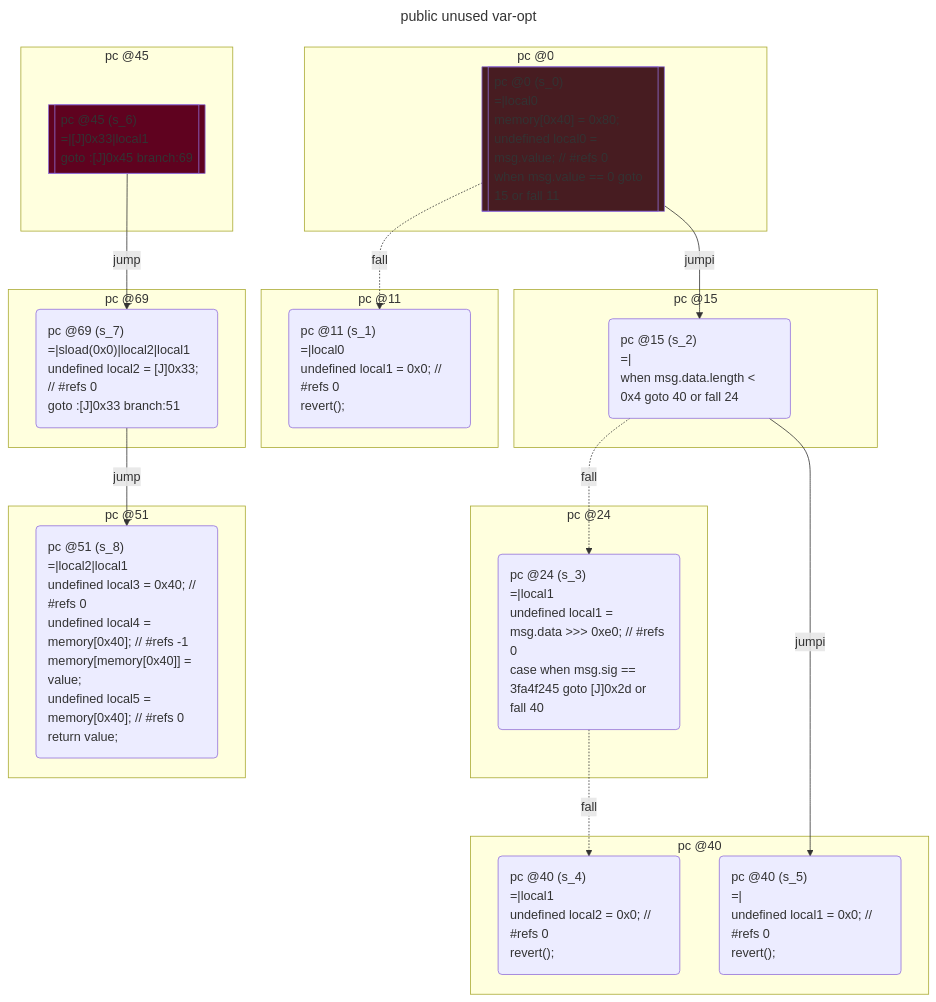
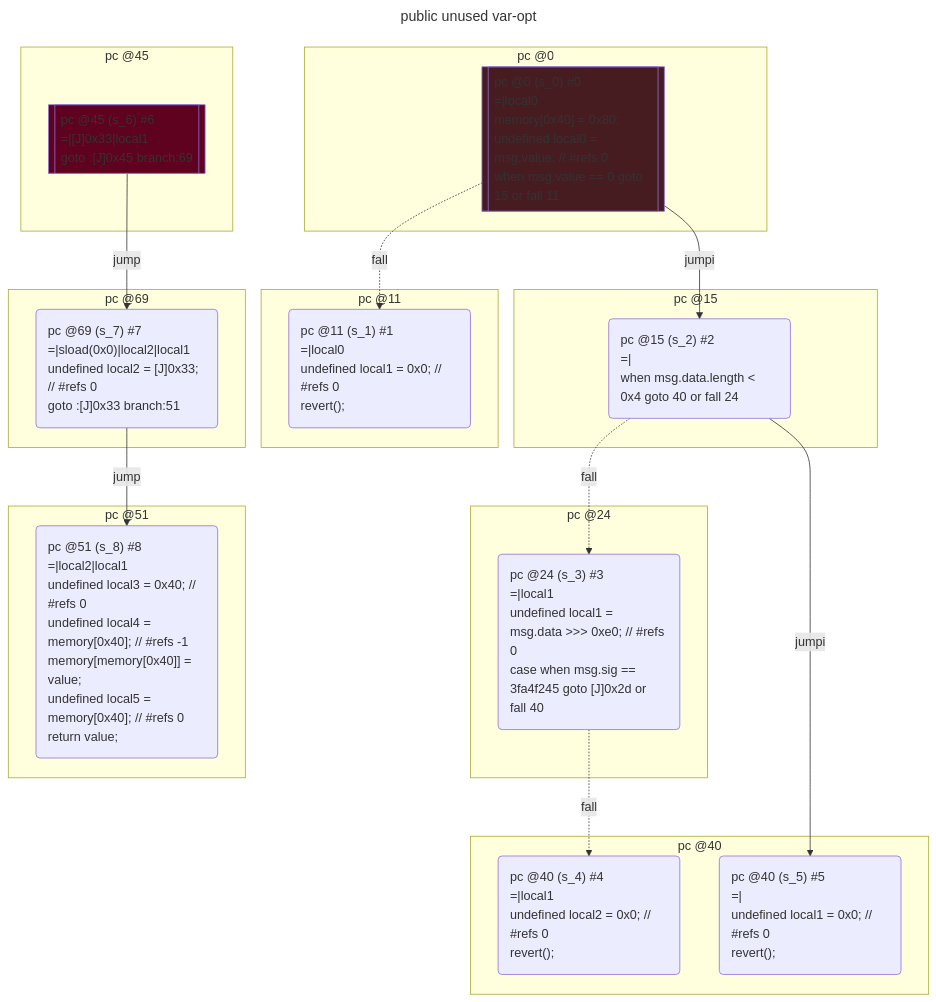
Before and after one commit to acuarica/evm: the second of 2 diagrams in test/__snapshots__/contracts/variables/public-unused-var.snap.md, drawn with Mermaid. The commit also changed other lines of this file and 18 other files, not shown here.

```diff
--- a/test/__snapshots__/contracts/variables/public-unused-var.snap.md
+++ b/test/__snapshots__/contracts/variables/public-unused-var.snap.md
@@ -223,7 +223,7 @@
 flowchart TD
   classDef state text-align:left
   subgraph cluster_0 ["pc @0"]
-    s_0[["pc @0 (s_0)
+    s_0[["pc @0 (s_0) #0
 =|local0
 memory[0x40] = 0x80;
 undefined local0 = msg.value; // #refs 0
@@ -233,7 +233,7 @@
     style s_0 fill:#471C21
   end
   subgraph cluster_11 ["pc @11"]
-    s_1("pc @11 (s_1)
+    s_1("pc @11 (s_1) #1
 =|local0
 undefined local1 = 0x0; // #refs 0
 revert();
@@ -241,14 +241,14 @@
     class s_1 state
   end
   subgraph cluster_15 ["pc @15"]
-    s_2("pc @15 (s_2)
+    s_2("pc @15 (s_2) #2
 =|
 when msg.data.length < 0x4 goto 40 or fall 24
 ")
     class s_2 state
   end
   subgraph cluster_24 ["pc @24"]
-    s_3("pc @24 (s_3)
+    s_3("pc @24 (s_3) #3
 =|local1
 undefined local1 = msg.data >>> 0xe0; // #refs 0
 case when msg.sig == 3fa4f245 goto [J]0x2d or fall 40
@@ -256,13 +256,13 @@
     class s_3 state
   end
   subgraph cluster_40 ["pc @40"]
-    s_4("pc @40 (s_4)
+    s_4("pc @40 (s_4) #4
 =|local1
 undefined local2 = 0x0; // #refs 0
 revert();
 ")
     class s_4 state
-    s_5("pc @40 (s_5)
+    s_5("pc @40 (s_5) #5
 =|
 undefined local1 = 0x0; // #refs 0
 revert();
@@ -270,7 +270,7 @@
     class s_5 state
   end
   subgraph cluster_45 ["pc @45"]
-    s_6[["pc @45 (s_6)
+    s_6[["pc @45 (s_6) #6
 =|[J]0x33|local1
 goto :[J]0x45 branch:69
 "]]
@@ -278,7 +278,7 @@
     style s_6 fill:#5F021F
   end
   subgraph cluster_69 ["pc @69"]
-    s_7("pc @69 (s_7)
+    s_7("pc @69 (s_7) #7
 =|sload(0x0)|local2|local1
 undefined local2 = [J]0x33; // #refs 0
 goto :[J]0x33 branch:51
@@ -286,7 +286,7 @@
     class s_7 state
   end
   subgraph cluster_51 ["pc @51"]
-    s_8("pc @51 (s_8)
+    s_8("pc @51 (s_8) #8
 =|local2|local1
 undefined local3 = 0x40; // #refs 0
 undefined local4 = memory[0x40]; // #refs -1
```
